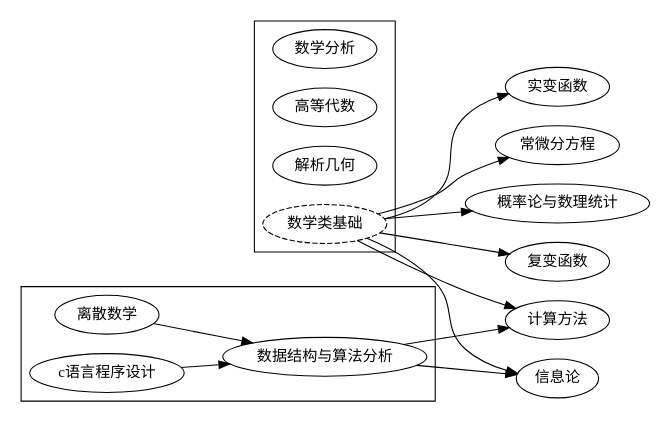
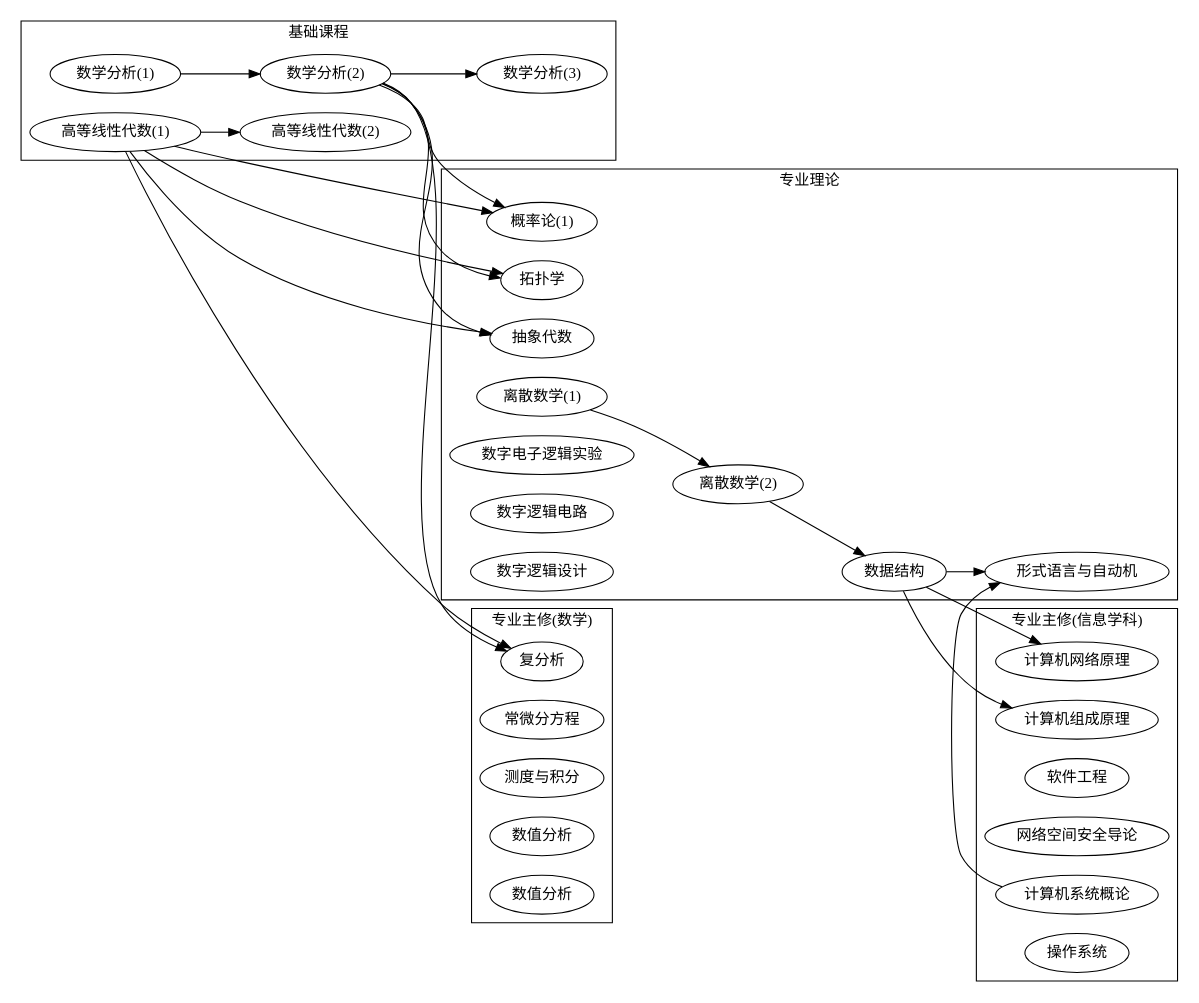
One commit to MuggleWei/learning_compass changed the first of 2 diagrams in content/posts/major/信息与计算科学/index.md. Above: the diagram before and after it, drawn with Graphviz. The commit also changed other lines of this file and 353 other files, not shown here.

````diff
--- a/content/posts/major/信息与计算科学/index.md
+++ b/content/posts/major/信息与计算科学/index.md
@@ -35,53 +49,122 @@
 digraph {
     rankdir=LR;
 
-    m1_1 [label="数学分析"];
-    m1_2 [label="高等代数"];
-    m1_3 [label="解析几何"];
-    m1_4 [label="离散数学"];
+    c30420405 [label="数学分析(1)"];
+    c10420935 [label="数学分析(2)"];
+    c30420424 [label="数学分析(3)"];
+    c20420124 [label="高等线性代数(1)"];
+    c20420134 [label="高等线性代数(2)"];
 
-    m2_1 [label="概率论与数理统计"]
-    m2_2 [label="复变函数"]
-    m2_3 [label="实变函数"]
-    m2_4 [label="常微分方程"]
+    c30420384 [label="抽象代数"];
+    c40420624 [label="概率论(1)"];
+    c30420364 [label="拓扑学"];
+    c20240013 [label="离散数学(1)"];
+    c20240023 [label="离散数学(2)"];
+    c30240184 [label="数据结构"];
+    c40240432 [label="形式语言与自动机"];
+    c30240551 [label="数字电子逻辑实验"];
+    c30240343 [label="数字逻辑电路"];
+    c30240353 [label="数字逻辑设计"];
 
-    c1_1 [label="c语言程序设计"];
-    c2_1 [label="数据结构与算法分析"];
+    c30420464 [label="复分析"];
+    c30420484 [label="常微分方程"];
+    c30420334 [label="测度与积分"];
+    c40420534 [label="数学规划"];
+    c20240033 [label="数值分析"];
+    c40420534 [label="数值分析"];
 
-    cm1_1 [label="计算方法"]
-    cm1_2 [label="信息论"]
+    c40240513 [label="计算机网络原理"];
+    c40240354 [label="计算机组成原理"];
+    c30240163 [label="软件工程"];
+    c30240573 [label="网络空间安全导论"];
+    c30240593 [label="计算机系统概论"];
+    c30240243 [label="操作系统"];
 
-    subgraph cluster_math_base {
-        m1_1; m1_2; m1_3;
-        m1 [label="数学类基础", style="dashed"];
+    subgraph cluster_base {
+        c30420405;
+        c10420935;
+        c30420424;
+        c20420124;
+        c20420134;
+        label="基础课程";
     };
 
-    subgraph cluster_cs_base {
-        m1_4; c1_1; c2_1;
+    subgraph cluster_pt {
+        c30420384;
+        c40420624;
+        c30420364;
+        c20240013;
+        c20240023;
+        c30240184;
+        c40240432;
+        c30240551;
+        c30240343;
+        c30240353;
+        label="专业理论";
     };
 
-    # 概率论与数理统计
-    m1->m2_1;
+    subgraph cluster_pm {
+        c30420464;
+        c30420484;
+        c30420334;
+        c40420534;
+        c20240033;
+        c40420534;
+        label="专业主修(数学)";
+    };
 
-    # 复变函数
-    m1->m2_2;
+    subgraph cluster_pi {
+        c40240513;
+        c40240354;
+        c30240163;
+        c30240573;
+        c30240593;
+        c30240243;
+        label="专业主修(信息学科)";
+    };
 
-    # 常微分方程
-    m1->m2_4;
+    ##### 基础课程 dependency #####
+    # 数分(2)
+    c30420405->c10420935;
 
-    # 实变函数
-    m1->m2_3;
+    # 数分(3)
+    c10420935->c30420424;
 
-    # 数据结构与算法分析
-    m1_4->c2_1;
-    c1_1->c2_1;
+    # 高代(2)
+    c20420124->c20420134;
 
-    # 计算方法
-    m1->cm1_1;
-    c2_1->cm1_1;
+    ##### 专业理论基础课 dependency #####
+    # 抽象代数
+    c10420935->c30420384;
+    c20420124->c30420384;
 
-    # 信息论
-    m1->cm1_2;
-    c2_1->cm1_2;
+    # 概率论(1)
+    c10420935->c40420624;
+    c20420124->c40420624;
+
+    # 拓扑学
+    c10420935->c30420364;
+    c20420124->c30420364;
+
+    # 离散数学
+    c20240013->c20240023;
+
+    # 数据结构
+    c20240023->c30240184;
+
+    # 形式语言与自动机
+    c30240184->c40240432;
+    c30240593->c40240432;
+
+    ##### 专业主修(数学) dependency #####
+    c10420935->c30420464;
+    c20420124->c30420464;
+
+    ##### 专业主修(信息学科) dependency #####
+    # 计算机网络原理
+    c30240184->c40240513;
+
+    # 计算机组成原理
+    c30240184->c40240354;
 }
 ```
````
